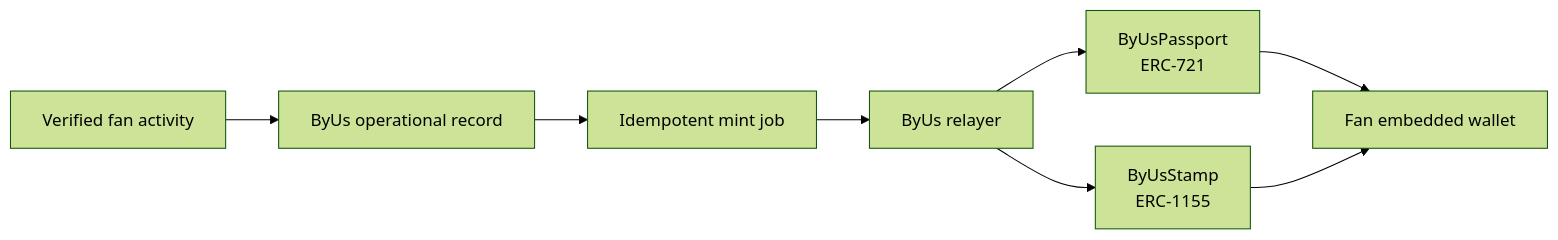
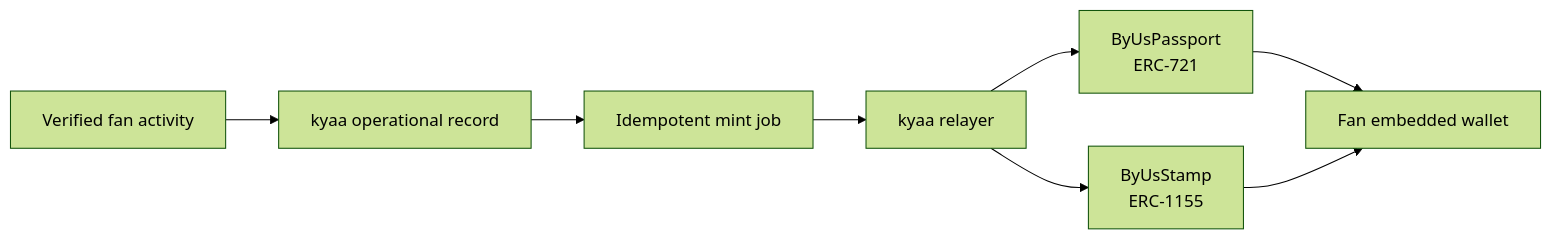
The diagram in README.md (kyaa-io/kyaa-contracts), drawn with Mermaid (forest theme) before and after one commit. The commit also changed other lines of this file and 1 other file, not shown here.

Commit message:
Update contract documentation to kyaa repository branding

````diff
--- a/README.md
+++ b/README.md
@@ -42,10 +42,10 @@
 ```mermaid
 flowchart LR
-    Activity["Verified fan activity"] --> DB["ByUs operational record"]
+    Activity["Verified fan activity"] --> DB["kyaa operational record"]
     DB --> Job["Idempotent mint job"]
-    Job --> Worker["ByUs relayer"]
+    Job --> Worker["kyaa relayer"]
     Worker --> Passport["ByUsPassport<br/>ERC-721"]
     Worker --> Stamp["ByUsStamp<br/>ERC-1155"]
     Passport --> Wallet["Fan embedded wallet"]
     Stamp --> Wallet
 ```
````
